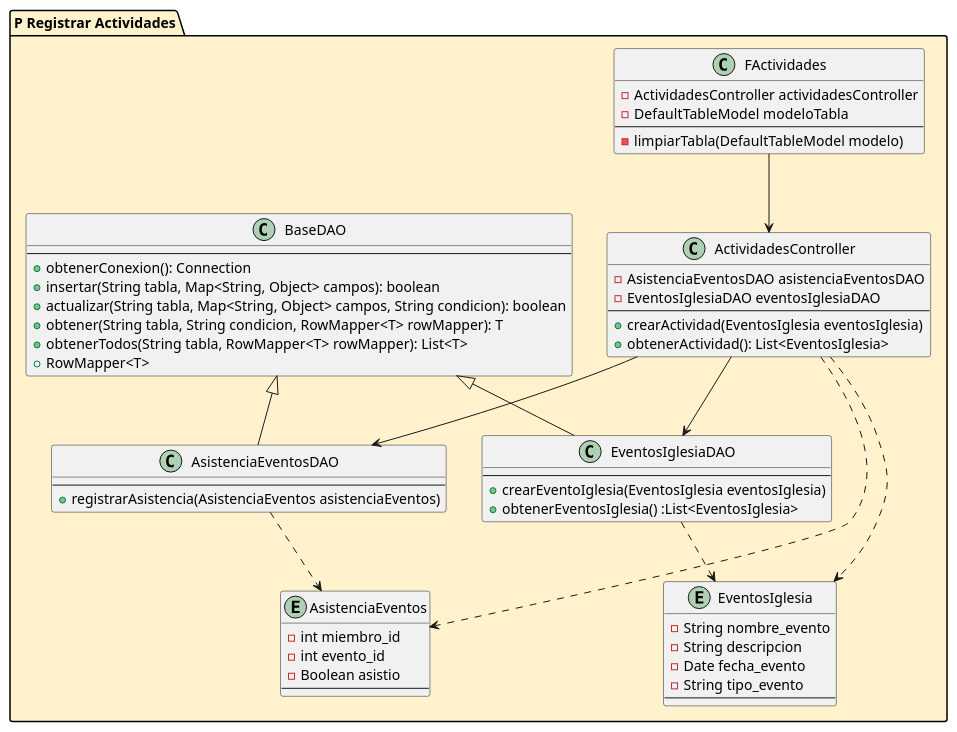
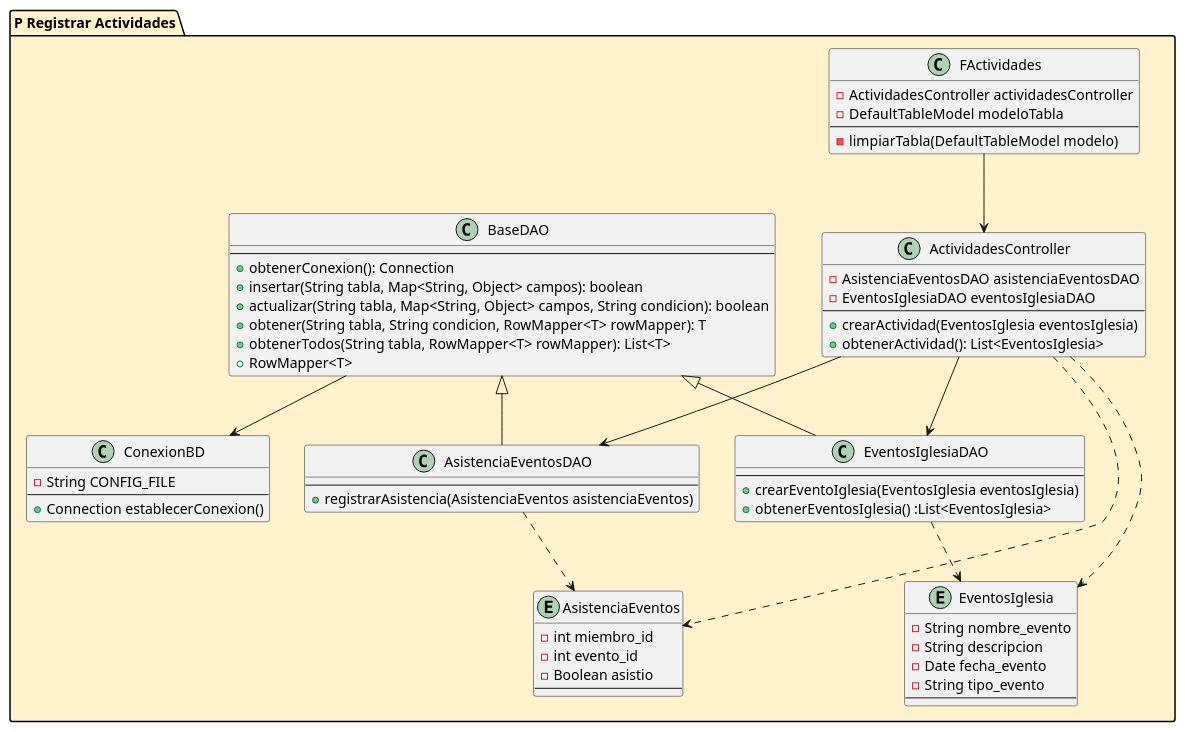
The diagram in src/utils/Mactividades.puml (jeulate/proyig1), drawn with PlantUML before and after one commit. The commit also changed 3 other files, not shown here.

Commit message:
Plan UML Actualizado

```diff
--- a/src/utils/Mactividades.puml
+++ b/src/utils/Mactividades.puml
@@ -1,64 +1,70 @@
 @startuml
 package "P Registrar Actividades" #FFF2CC {
   class "FActividades" as factividades {
   -ActividadesController actividadesController
   -DefaultTableModel modeloTabla
   --
   -limpiarTabla(DefaultTableModel modelo)
   }
   class "ActividadesController" as ctractividades{
       -AsistenciaEventosDAO asistenciaEventosDAO
       -EventosIglesiaDAO eventosIglesiaDAO
   --
   +crearActividad(EventosIglesia eventosIglesia)
   +obtenerActividad(): List<EventosIglesia>
   }
 
   class "AsistenciaEventosDAO" as daoasistenciaev{
   --
   +registrarAsistencia(AsistenciaEventos asistenciaEventos)
   }
 
   class "EventosIglesiaDAO" as daoeventoigle{
     --
     +crearEventoIglesia(EventosIglesia eventosIglesia)
     +obtenerEventosIglesia() :List<EventosIglesia>
   }
 
   class "BaseDAO" as daobase {
   --
   +obtenerConexion(): Connection
   +insertar(String tabla, Map<String, Object> campos): boolean
   +actualizar(String tabla, Map<String, Object> campos, String condicion): boolean
   +obtener(String tabla, String condicion, RowMapper<T> rowMapper): T
   +obtenerTodos(String tabla, RowMapper<T> rowMapper): List<T>
   +RowMapper<T>
   }
-
+  class "ConexionBD" as bdconexion{
+   -String CONFIG_FILE
+   --
+   +Connection establecerConexion()
+  }
   entity "EventosIglesia" as eviglesia{
         - String nombre_evento
         - String descripcion
         - Date fecha_evento
         - String tipo_evento
       --
   }
    entity "AsistenciaEventos" as asisevento{
         - int miembro_id
         - int evento_id
         - Boolean asistio
         --
     }
 
   factividades --> ctractividades
   ctractividades --> daoasistenciaev
   ctractividades --> daoeventoigle
   daobase <|-- daoasistenciaev
   daobase <|-- daoeventoigle
+  daobase -->bdconexion
   ctractividades ..> eviglesia
   ctractividades ..> asisevento
   daoasistenciaev ..> asisevento
   daoeventoigle ..> eviglesia
+
 }
 
 
 @enduml
```
